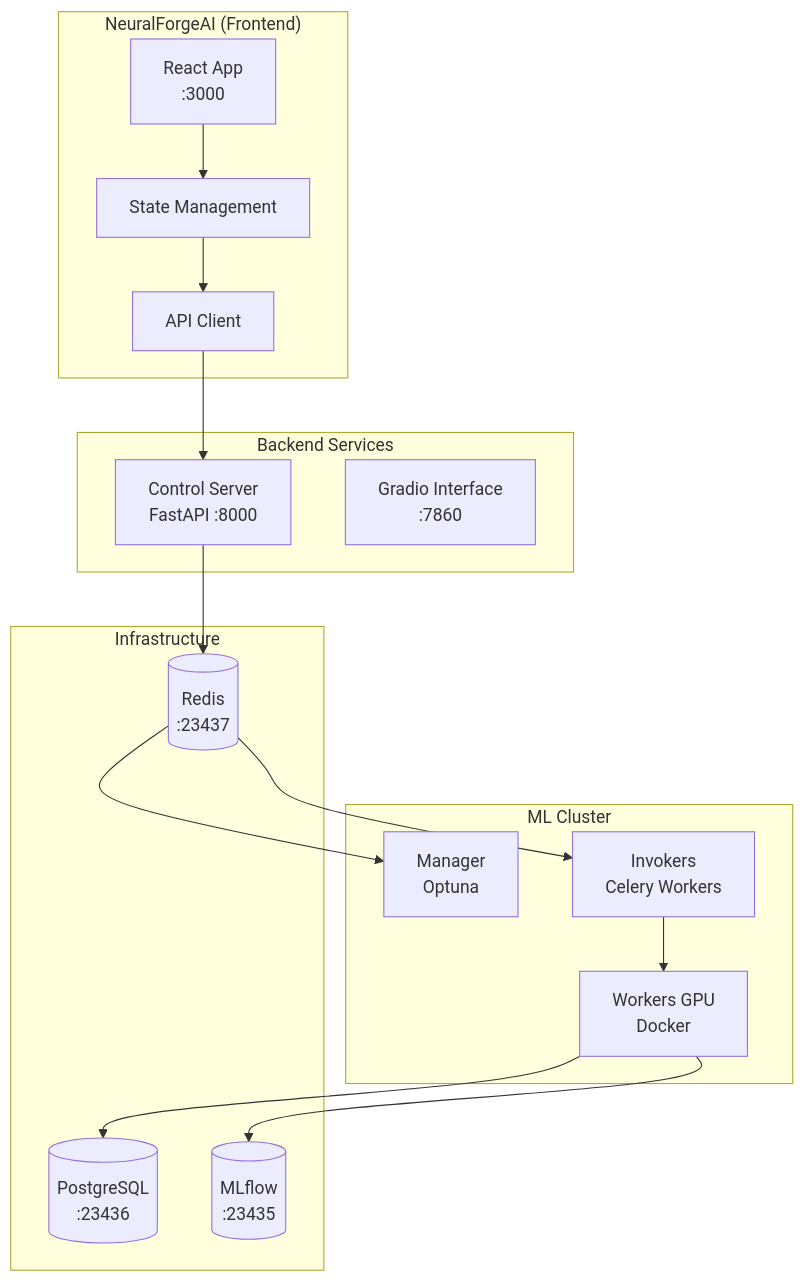
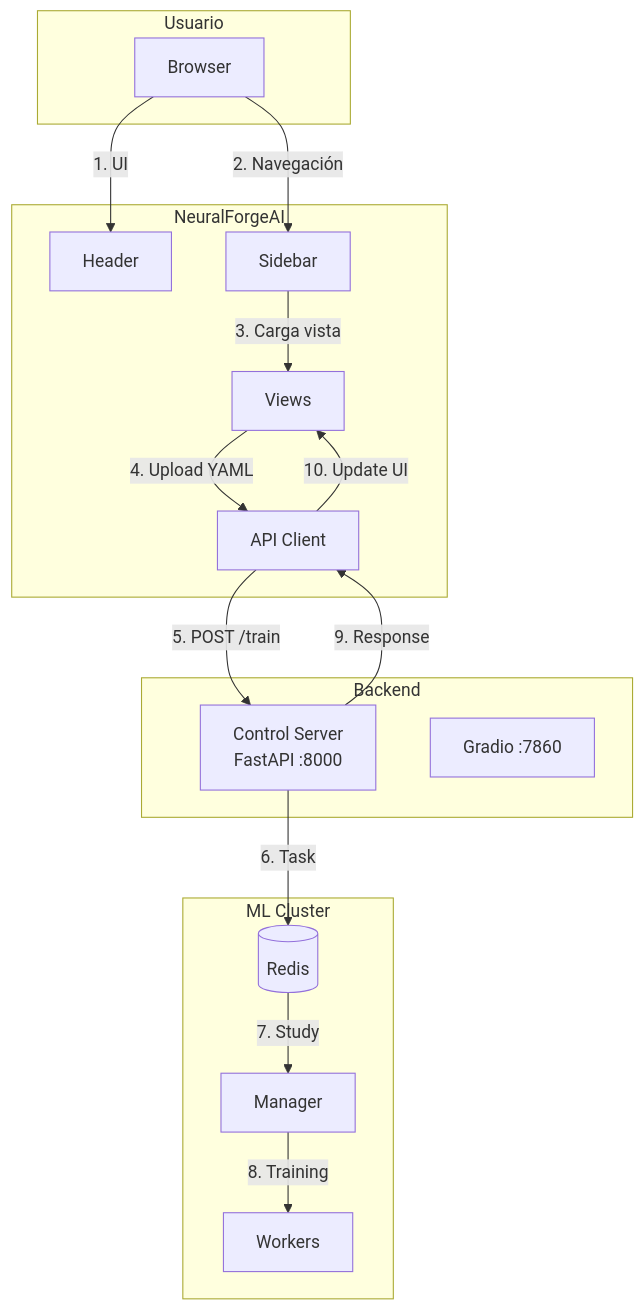
The first of 3 diagrams in README.md (wisrovi/NeuralForgeAI), drawn with Mermaid before and after one commit. The commit also changed other lines of this file, not shown here.

Commit message:
docs: Update README with architecture diagrams (walkthrough, workflow, components, lifecycle, files)

````diff
--- a/README.md
+++ b/README.md
@@ -11,35 +9,36 @@
 ```mermaid
-graph TD
-    subgraph "NeuralForgeAI (Frontend)"
-        UI[React App<br/>:3000]
-        STATE[State Management]
-        API[API Client]
+flowchart TD
+    subgraph "Usuario"
+        B[Browser]
     end
 
-    subgraph "Backend Services"
-        API_GW[Control Server<br/>FastAPI :8000]
-        GRADIO[Gradio Interface<br/>:7860]
+    subgraph "NeuralForgeAI"
+        H[Header]
+        S[Sidebar]
+        V[Views]
+        A[API Client]
+    end
+
+    subgraph "Backend"
+        API[Control Server<br/>FastAPI :8000]
+        G[Gradio :7860]
     end
 
     subgraph "ML Cluster"
-        MGR[Manager<br/>Optuna]
-        INV[Invokers<br/>Celery Workers]
-        WORK[Workers GPU<br/>Docker]
+        R[(Redis)]
+        M[Manager]
+        W[Workers]
     end
 
-    subgraph "Infrastructure"
-        R[(Redis<br/>:23437)]
-        PG[(PostgreSQL<br/>:23436)]
-        ML[(MLflow<br/>:23435)]
-    end
-
-    UI --> STATE
-    STATE --> API
-    API --> API_GW
-    API_GW --> R
-    R --> MGR
-    R --> INV
-    INV --> WORK
-    WORK --> PG
-    WORK --> ML
+    B -->|1. UI| H
+    B -->|2. Navegación| S
+    S -->|3. Carga vista| V
+    V -->|4. Upload YAML| A
+    A -->|5. POST /train| API
+    API -->|6. Task| R
+    R -->|7. Study| M
+    M -->|8. Training| W
+    
+    API -->|9. Response| A
+    A -->|10. Update UI| V
 ```
````
